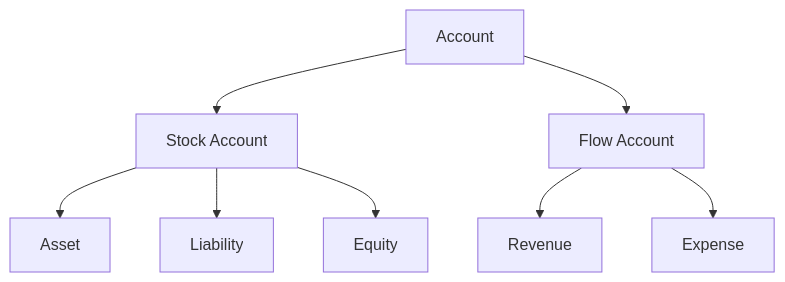
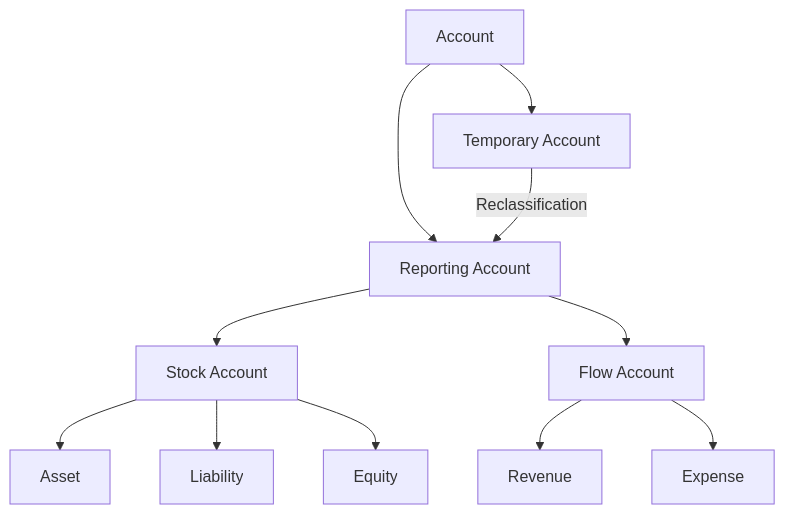
Before and after one commit to niikei/accounting-state-model: the first of 2 diagrams in theory/04-accounts-and-classification.md, drawn with Mermaid. The commit also changed other lines of this file and 4 other files, not shown here.

Commit message:
temporary account

````diff
--- a/theory/04-accounts-and-classification.md
+++ b/theory/04-accounts-and-classification.md
@@ -25,19 +43,24 @@
 ```mermaid
 flowchart TD
     ACCOUNT["Account"]
+    REPORT["Reporting Account"]
+    TEMP["Temporary Account"]
     STOCK["Stock Account"]
     FLOW["Flow Account"]
     A["Asset"]
     L["Liability"]
     E["Equity"]
     R["Revenue"]
     C["Expense"]
 
-    ACCOUNT --> STOCK
-    ACCOUNT --> FLOW
+    ACCOUNT --> REPORT
+    ACCOUNT --> TEMP
+    REPORT --> STOCK
+    REPORT --> FLOW
     STOCK --> A
     STOCK --> L
     STOCK --> E
     FLOW --> R
     FLOW --> C
+    TEMP -->|"Reclassification"| REPORT
 ```
````
